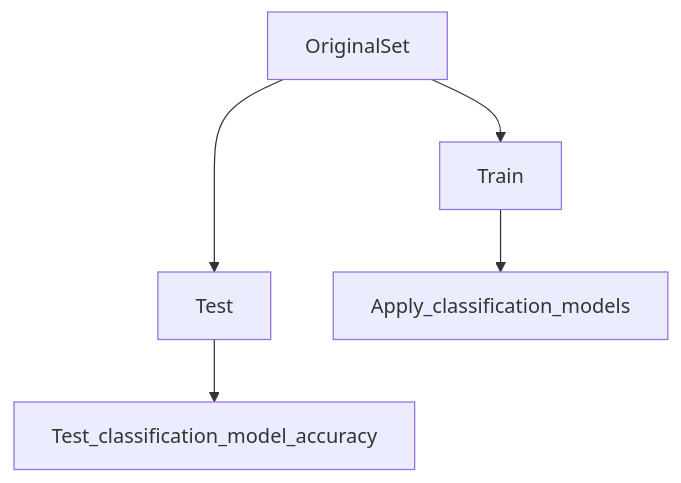
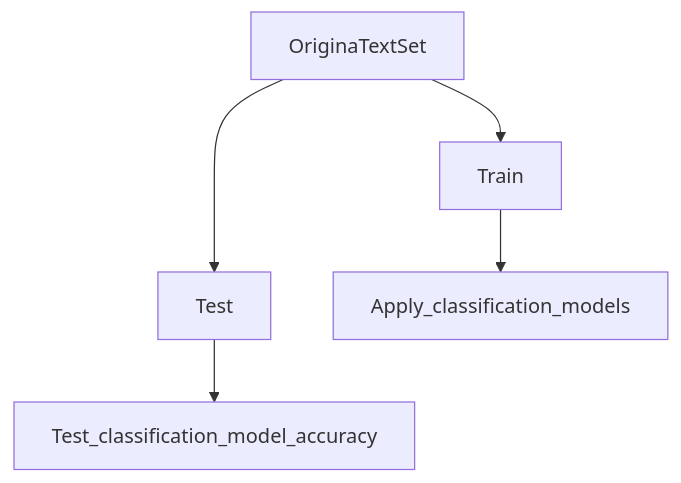
Before and after one commit to Pablo-source/Text_classification_model: the diagram in README.md, drawn with Mermaid.

Commit message:
Update README.md
Update

````diff
--- a/README.md
+++ b/README.md
@@ -27,7 +27,7 @@
 ```mermaid
   graph TD;
-      OriginalSet-->Train;
-      OriginalSet--->Test;
+      OriginaTextSet-->Train;
+      OriginaTextSet--->Test;
       Train-->Apply_classification_models;
       Test-->Test_classification_model_accuracy;
 ```
````
